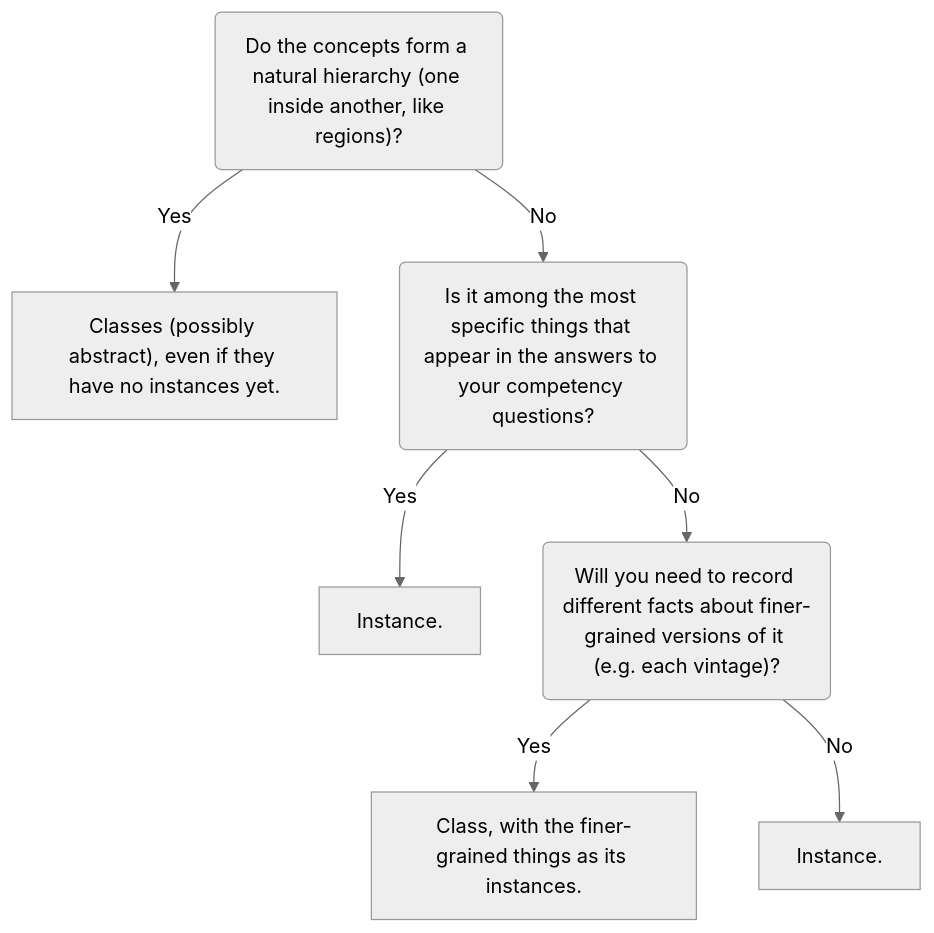
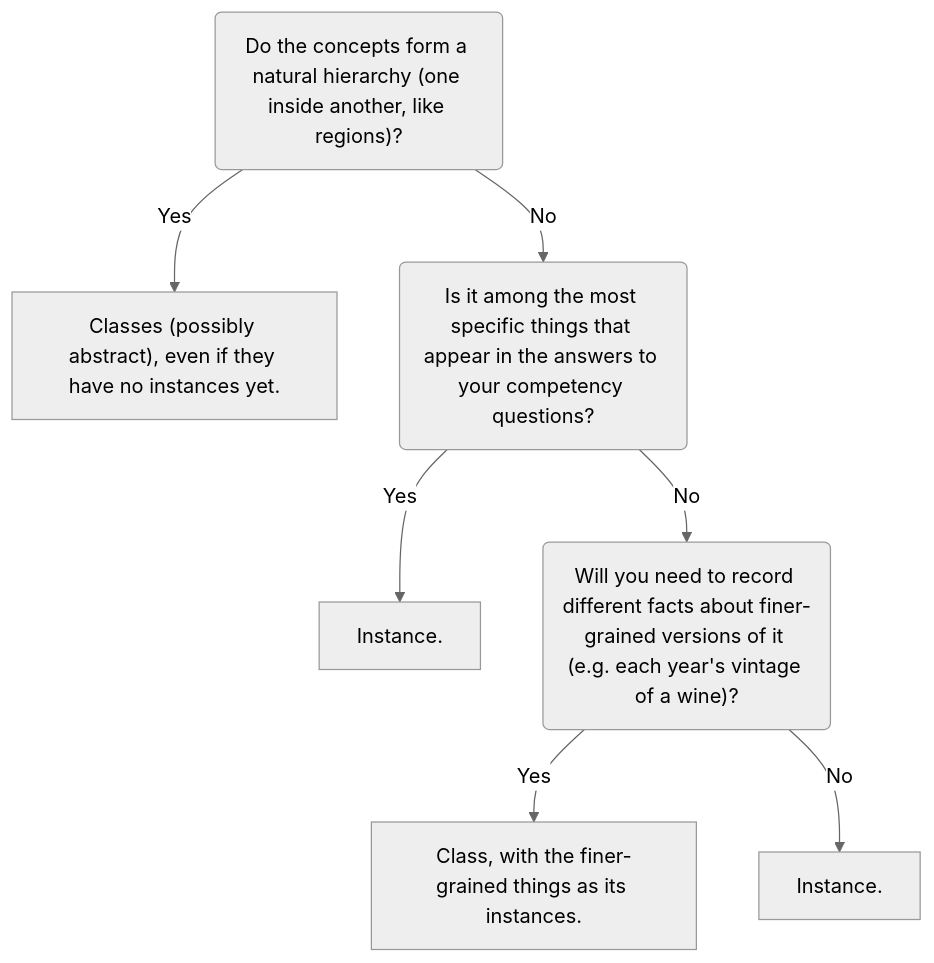
Before and after one commit to alanbsmith/ontology-kit: the fifth of 10 diagrams in docs/DECISIONS.md, drawn with Mermaid (neutral theme). The commit also changed other lines of this file and 6 other files, not shown here.

````diff
--- a/docs/DECISIONS.md
+++ b/docs/DECISIONS.md
@@ -234,18 +318,18 @@
 ```mermaid
 flowchart TD
   accTitle: Instance or class?
-  accDescr: A flowchart of 3 yes or no questions, asked in order: 1. Do the concepts form a natural hierarchy (one inside another, like regions)? 2. Is it among the most specific things that appear in the answers to your competency questions? 3. Will you need to record different facts about finer-grained versions of it (e.g. each vintage)? Each answer leads to an outcome or to the next question. The numbered list below gives the same steps as text.
+  accDescr: A flowchart of 3 yes or no questions, asked in order: 1. Do the concepts form a natural hierarchy (one inside another, like regions)? 2. Is it among the most specific things that appear in the answers to your competency questions? 3. Will you need to record different facts about finer-grained versions of it (e.g. each year's vintage of a wine)? Each answer leads to an outcome or to the next question. The same steps are available as text.
   Q1("Do the concepts form a natural hierarchy #40;one inside another, like regions#41;?")
   Q1Y["Classes #40;possibly abstract#41;, even if they have no instances yet."]
   Q1 -->|Yes| Q1Y
   Q1 -->|No| Q2
   Q2("Is it among the most specific things that appear in the answers to your competency questions?")
   Q2Y["Instance."]
   Q2 -->|Yes| Q2Y
   Q2 -->|No| Q3
-  Q3("Will you need to record different facts about finer-grained versions of it #40;e.g. each vintage#41;?")
+  Q3("Will you need to record different facts about finer-grained versions of it #40;e.g. each year's vintage of a wine#41;?")
   Q3Y["Class, with the finer-grained things as its instances."]
   Q3 -->|Yes| Q3Y
   Q3N["Instance."]
   Q3 -->|No| Q3N
 ```
````
